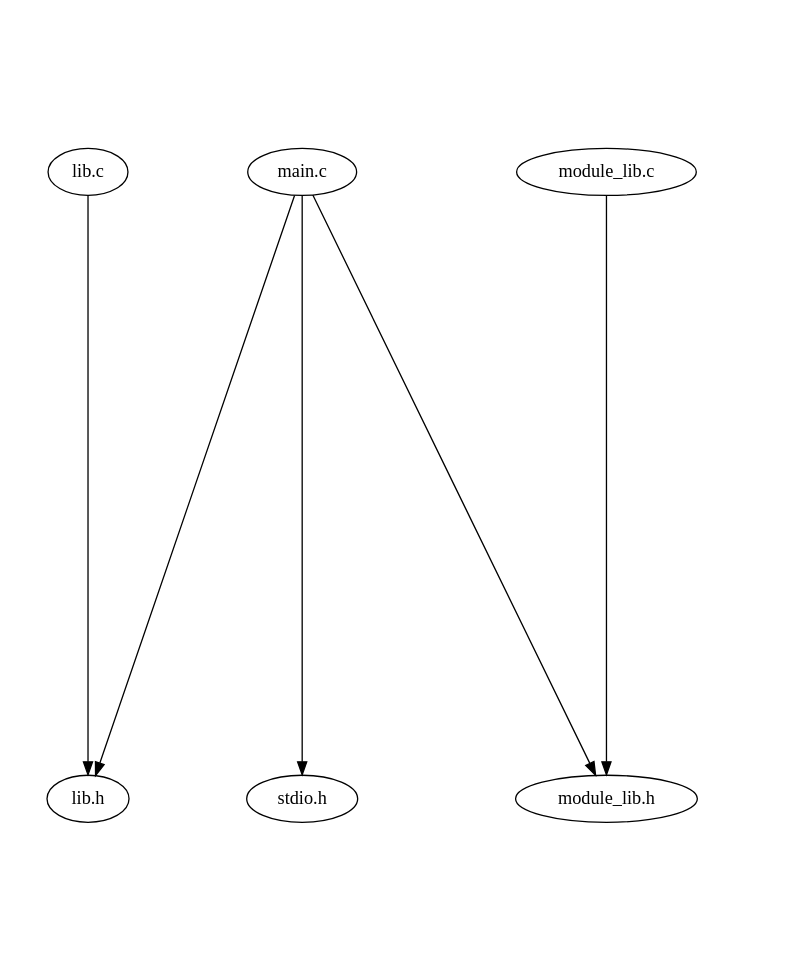
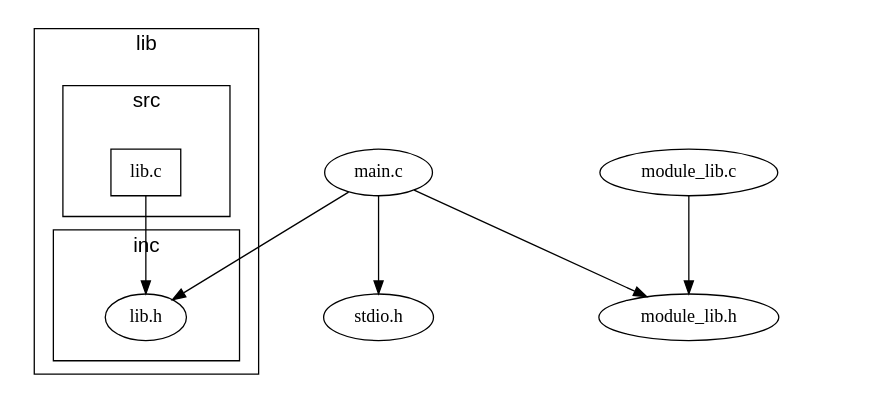
One commit to ericsonj/pymaketool_dev changed the diagram in test.dot. Above: the diagram before and after it, drawn with Graphviz.

Commit message:
wip pymakedot

```diff
--- a/test.dot
+++ b/test.dot
@@ -1,13 +1,28 @@
 digraph "source tree" {
     overlap=scale;
-    size="8,10";
+    size="9,4";
     ratio="fill";
     fontsize="16";
     fontname="Helvetica";
 	clusterrank="local";
+
+	"lib.c" [shape=box];
+
+	subgraph cluster_0 {
+		subgraph cluster_01 {
+			label = "src"
+			"lib.c"
+		}
+		subgraph cluster_02 {
+			label = "inc"
+			"lib.h"
+		}
+		"lib.c" -> "lib.h";
+		label = "lib";
+	}
+
 	"main.c" -> "stdio.h"
-	"lib.c" -> "lib.h"
 	"main.c" -> "module_lib.h"
 	"main.c" -> "lib.h"
 	"module_lib.c" -> "module_lib.h"
 }
```
